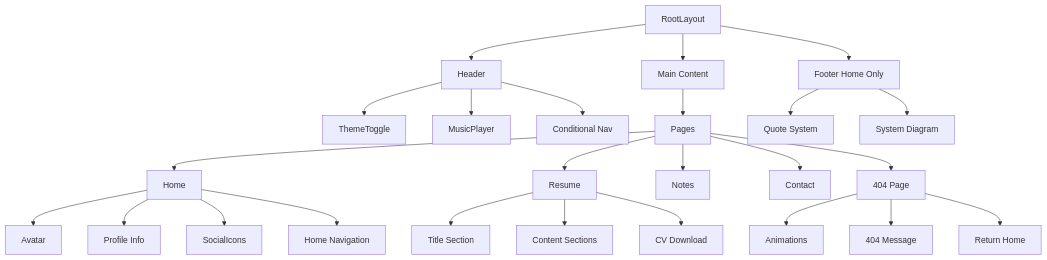
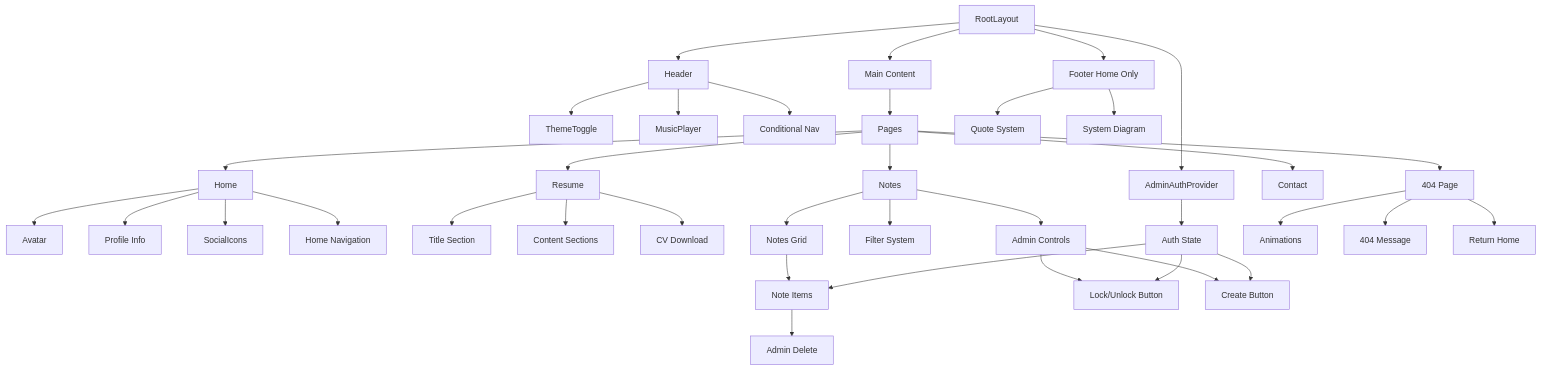
One commit to ptt3199/my-porfolio-website changed the first of 8 diagrams in memory-bank/systemPatterns.md. Above: the diagram before and after it, drawn with Mermaid. The commit also changed other lines of this file and 5 other files, not shown here.

````diff
--- a/memory-bank/systemPatterns.md
+++ b/memory-bank/systemPatterns.md
@@ -7,33 +7,49 @@
 ```mermaid
 graph TD
     RootLayout[RootLayout] --> Header
     RootLayout --> MainContent[Main Content]
     RootLayout --> Footer[Footer Home Only]
+    RootLayout --> AdminProvider[AdminAuthProvider]
     
     Header --> ThemeToggle
     Header --> MusicPlayer
     Header --> Navigation[Conditional Nav]
     
     MainContent --> Pages[Pages]
     Pages --> Home
     Pages --> Resume
     Pages --> Notes
     Pages --> Contact
     Pages --> NotFound[404 Page]
     
     Home --> Avatar
     Home --> ProfileInfo[Profile Info]
     Home --> SocialIcons
     Home --> HomeNav[Home Navigation]
     
     Resume --> ResumeHeader[Title Section]
     Resume --> ResumeContent[Content Sections]
     Resume --> DownloadCV[CV Download]
     
+    Notes --> NotesGrid[Notes Grid]
+    Notes --> FilterSystem[Filter System]
+    Notes --> AdminControls[Admin Controls]
+    
+    NotesGrid --> NoteItem[Note Items]
+    NoteItem --> DeleteButton[Admin Delete]
+    
+    AdminControls --> AdminLogin[Lock/Unlock Button]
+    AdminControls --> QuickCreateNote[Create Button]
+    
+    AdminProvider --> AuthContext[Auth State]
+    AuthContext --> AdminLogin
+    AuthContext --> QuickCreateNote
+    AuthContext --> NoteItem
+    
     NotFound --> AnimatedElements[Animations]
     NotFound --> ErrorMessage[404 Message]
     NotFound --> HomeButton[Return Home]
     
     Footer --> QuoteSystem[Quote System]
     Footer --> SystemDiagram[System Diagram]
 ```
````
